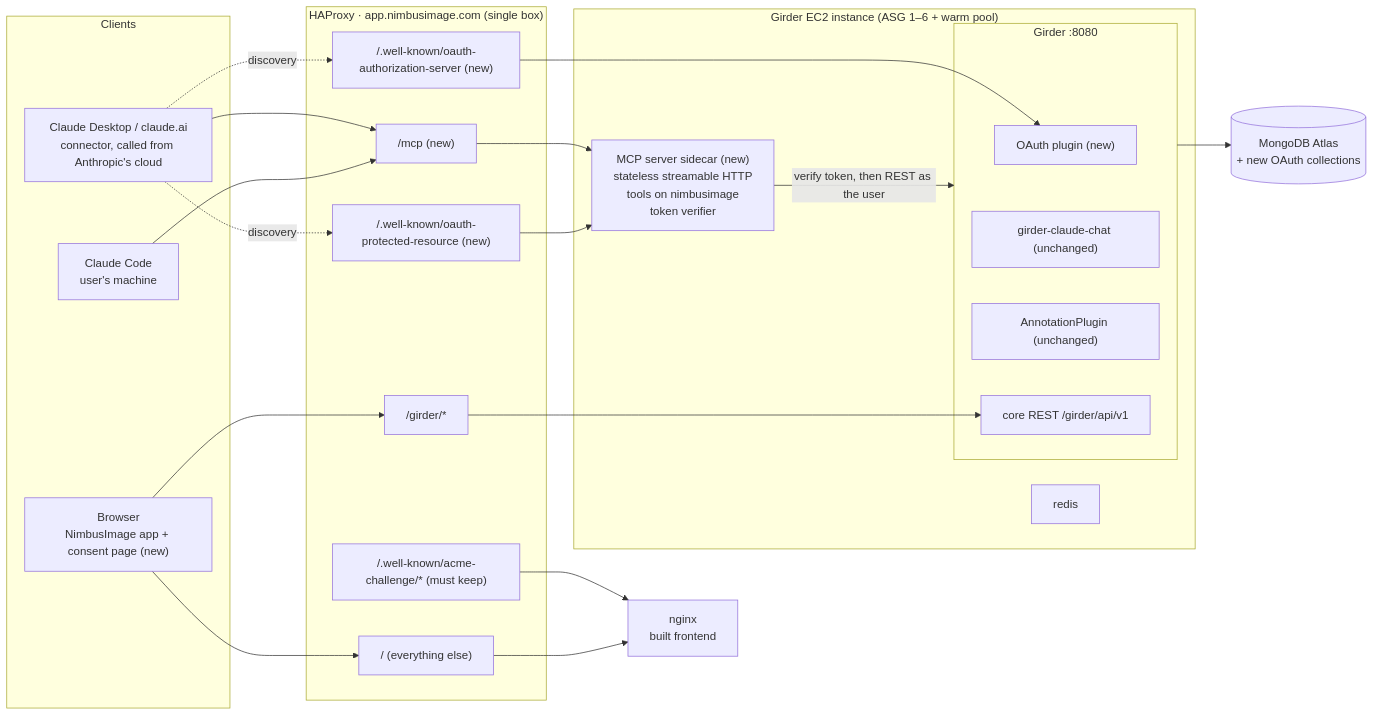
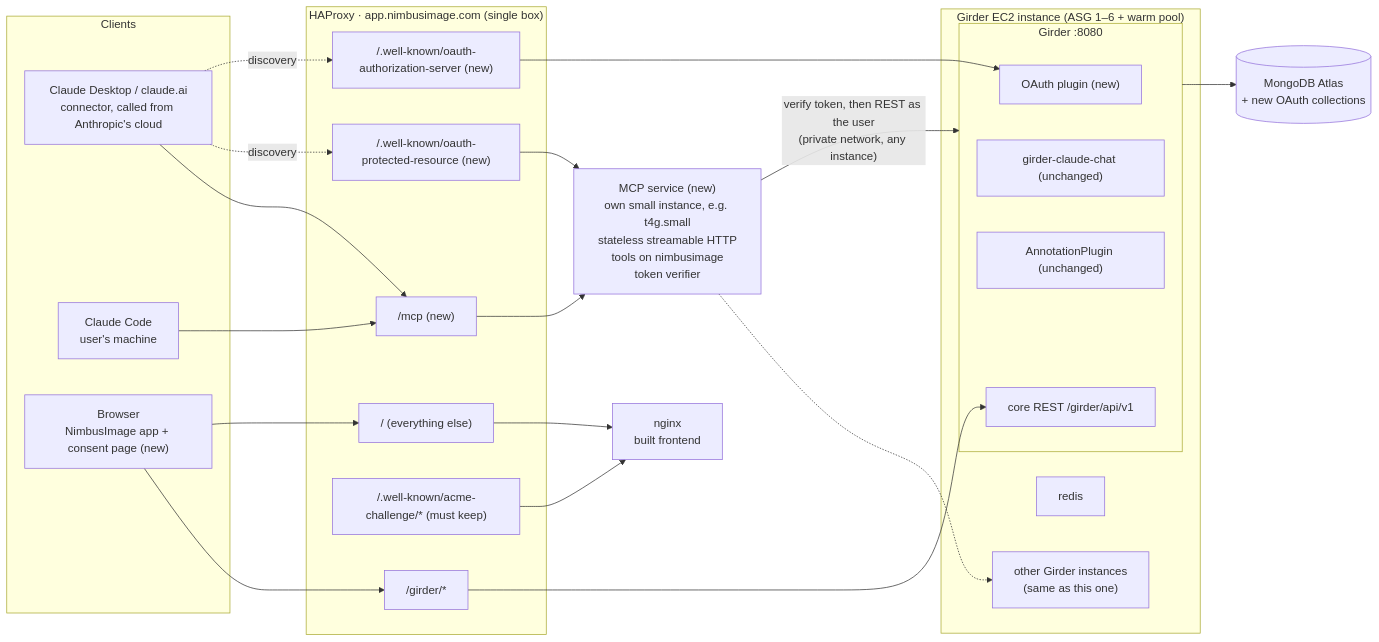
The first of 3 diagrams in codebaseDocumentation/NIMBUSIMAGE_MCP_SERVER.md (Kitware/UPennContrast), drawn with Mermaid before and after one commit. The commit also changed other lines of this file, not shown here.

First line of the commit message:
MCP plan: separate small service; header-key tunnel test before OAuth

````diff
--- a/codebaseDocumentation/NIMBUSIMAGE_MCP_SERVER.md
+++ b/codebaseDocumentation/NIMBUSIMAGE_MCP_SERVER.md
@@ -113,47 +116,50 @@
 ```mermaid
 flowchart LR
   subgraph clients[Clients]
     CD["Claude Desktop / claude.ai<br/>connector, called from Anthropic's cloud"]
     CC["Claude Code<br/>user's machine"]
     BR["Browser<br/>NimbusImage app + consent page (new)"]
   end
 
   subgraph hap["HAProxy · app.nimbusimage.com (single box)"]
     R1["/mcp (new)"]
     R2["/.well-known/oauth-protected-resource (new)"]
     R3["/.well-known/oauth-authorization-server (new)"]
     R4["/girder/*"]
     R5["/.well-known/acme-challenge/* (must keep)"]
     R6["/ (everything else)"]
   end
 
   NG["nginx<br/>built frontend"]
 
+  SC["MCP service (new)<br/>own small instance, e.g. t4g.small<br/>stateless streamable HTTP<br/>tools on nimbusimage<br/>token verifier"]
+
   subgraph inst["Girder EC2 instance (ASG 1–6 + warm pool)"]
-    SC["MCP server sidecar (new)<br/>stateless streamable HTTP<br/>tools on nimbusimage<br/>token verifier"]
+    GIRDERS["other Girder instances<br/>(same as this one)"]
     subgraph gir["Girder :8080"]
       OA["OAuth plugin (new)"]
       CH["girder-claude-chat (unchanged)"]
       AP["AnnotationPlugin (unchanged)"]
       REST["core REST /girder/api/v1"]
     end
     RD["redis"]
   end
 
   DB[("MongoDB Atlas<br/>+ new OAuth collections")]
 
   CD --> R1
   CC --> R1
   CD -.discovery.-> R2
   CD -.discovery.-> R3
   BR --> R4
   BR --> R6
   R1 --> SC
   R2 --> SC
   R3 --> OA
   R4 --> REST
   R5 --> NG
   R6 --> NG
-  SC -- "verify token, then REST as the user" --> gir
+  SC -- "verify token, then REST as the user<br/>(private network, any instance)" --> gir
+  SC -.-> GIRDERS
   gir --> DB
 ```
````
